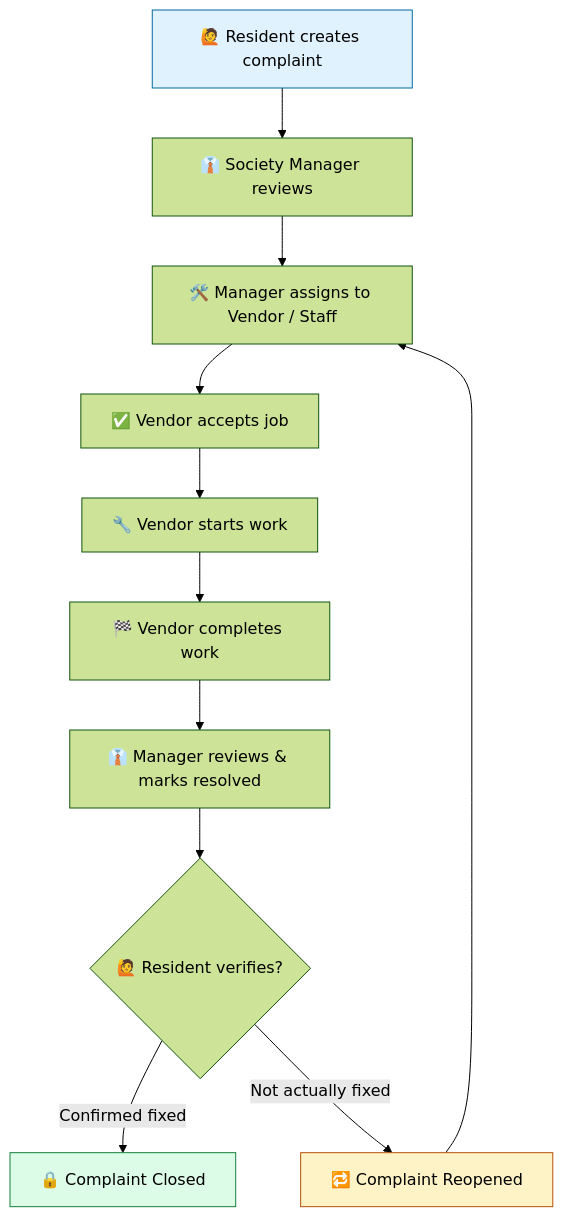
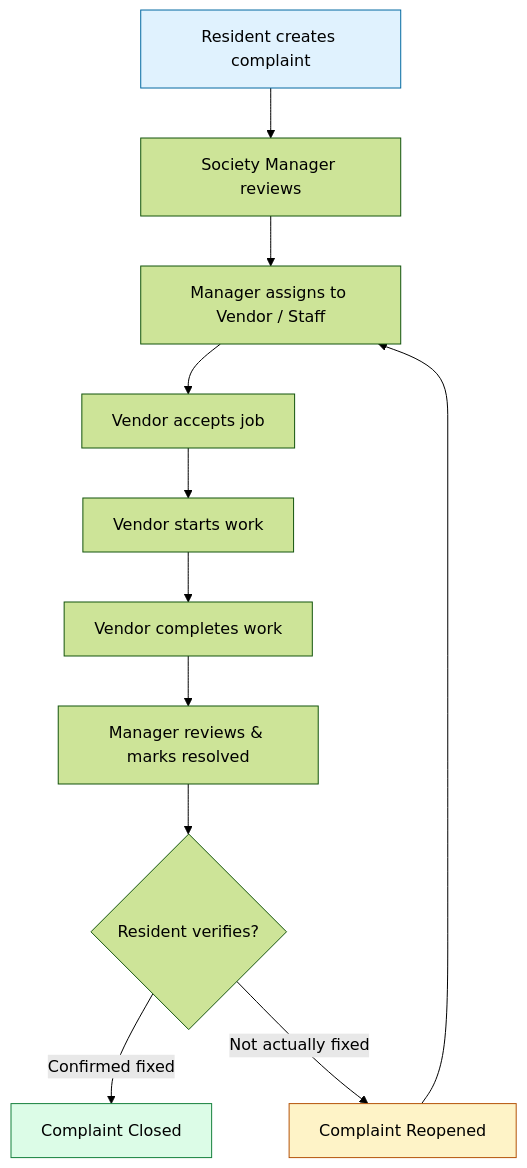
The second of 2 diagrams in README.md (moreashish23/smart-society-saas-platform), drawn with Mermaid (forest theme) before and after one commit. The commit also changed other lines of this file, not shown here.

````diff
--- a/README.md
+++ b/README.md
@@ -143,17 +143,17 @@
 ```mermaid
 flowchart TD
-    A["🙋 Resident creates complaint"] --> B["👔 Society Manager reviews"]
-    B --> C["🛠️ Manager assigns to Vendor / Staff"]
-    C --> D["✅ Vendor accepts job"]
-    D --> E["🔧 Vendor starts work"]
-    E --> F["🏁 Vendor completes work"]
-    F --> G["👔 Manager reviews & marks resolved"]
-    G --> H{"🙋 Resident verifies?"}
-    H -->|Confirmed fixed| I["🔒 Complaint Closed"]
-    H -->|Not actually fixed| J["🔁 Complaint Reopened"]
+    A[" Resident creates complaint"] --> B[" Society Manager reviews"]
+    B --> C[" Manager assigns to Vendor / Staff"]
+    C --> D[" Vendor accepts job"]
+    D --> E[" Vendor starts work"]
+    E --> F[" Vendor completes work"]
+    F --> G[" Manager reviews & marks resolved"]
+    G --> H{" Resident verifies?"}
+    H -->|Confirmed fixed| I[" Complaint Closed"]
+    H -->|Not actually fixed| J[" Complaint Reopened"]
     J --> C
 
     style A fill:#e0f2fe,stroke:#0369a1
     style I fill:#dcfce7,stroke:#15803d
     style J fill:#fef3c7,stroke:#b45309
 ```
````
